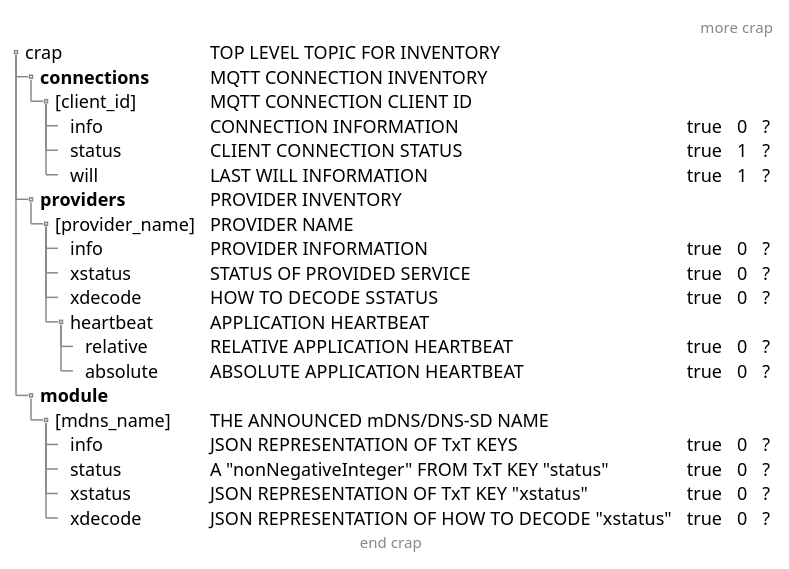
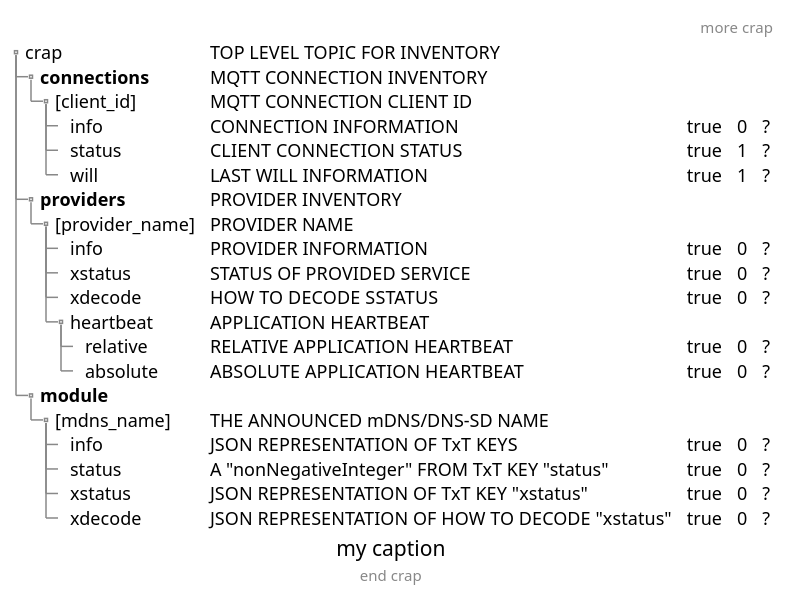
Before and after one commit to ITxPT/schematest: the diagram in puml-linktest/crap.puml, drawn with PlantUML.

```diff
--- a/puml-linktest/crap.puml
+++ b/puml-linktest/crap.puml
@@ -1,33 +1,34 @@
 @startsalt (id=crap)
 'title test crap
 header only crap
 {
 {T
 ' test crap
 header more crap
 + crap | TOP LEVEL TOPIC FOR INVENTORY
 ++ **connections** | MQTT CONNECTION INVENTORY
 +++ [client_id] | MQTT CONNECTION CLIENT ID
 ++++ info | CONNECTION INFORMATION | true | 0 | ?
 ++++ status | CLIENT CONNECTION STATUS | true | 1 | ?
 ++++ will | LAST WILL INFORMATION | true | 1 | ?
 
 ++ **providers** | PROVIDER INVENTORY
 +++ [provider_name] | PROVIDER NAME
 ++++ info | PROVIDER INFORMATION | true | 0 | ?
 ++++ xstatus | STATUS OF PROVIDED SERVICE | true | 0 | ?
 ++++ xdecode | HOW TO DECODE SSTATUS | true | 0 | ?
 ++++ heartbeat | APPLICATION HEARTBEAT
 +++++ relative | RELATIVE APPLICATION HEARTBEAT | true | 0 | ?
 +++++ absolute | ABSOLUTE APPLICATION HEARTBEAT | true | 0 | ?
 
 ++ **module**
 +++ [mdns_name] | THE ANNOUNCED mDNS/DNS-SD NAME
 ++++ info | JSON REPRESENTATION OF TxT KEYS | true | 0 | ?
 ++++ status | A "nonNegativeInteger" FROM TxT KEY "status" | true | 0 | ?
 ++++ xstatus | JSON REPRESENTATION OF TxT KEY "xstatus" | true | 0 | ?
 ++++ xdecode | JSON REPRESENTATION OF HOW TO DECODE "xstatus" | true | 0 | ?
+caption my caption
 footer end crap
 }
 }
 @endsalt
```
